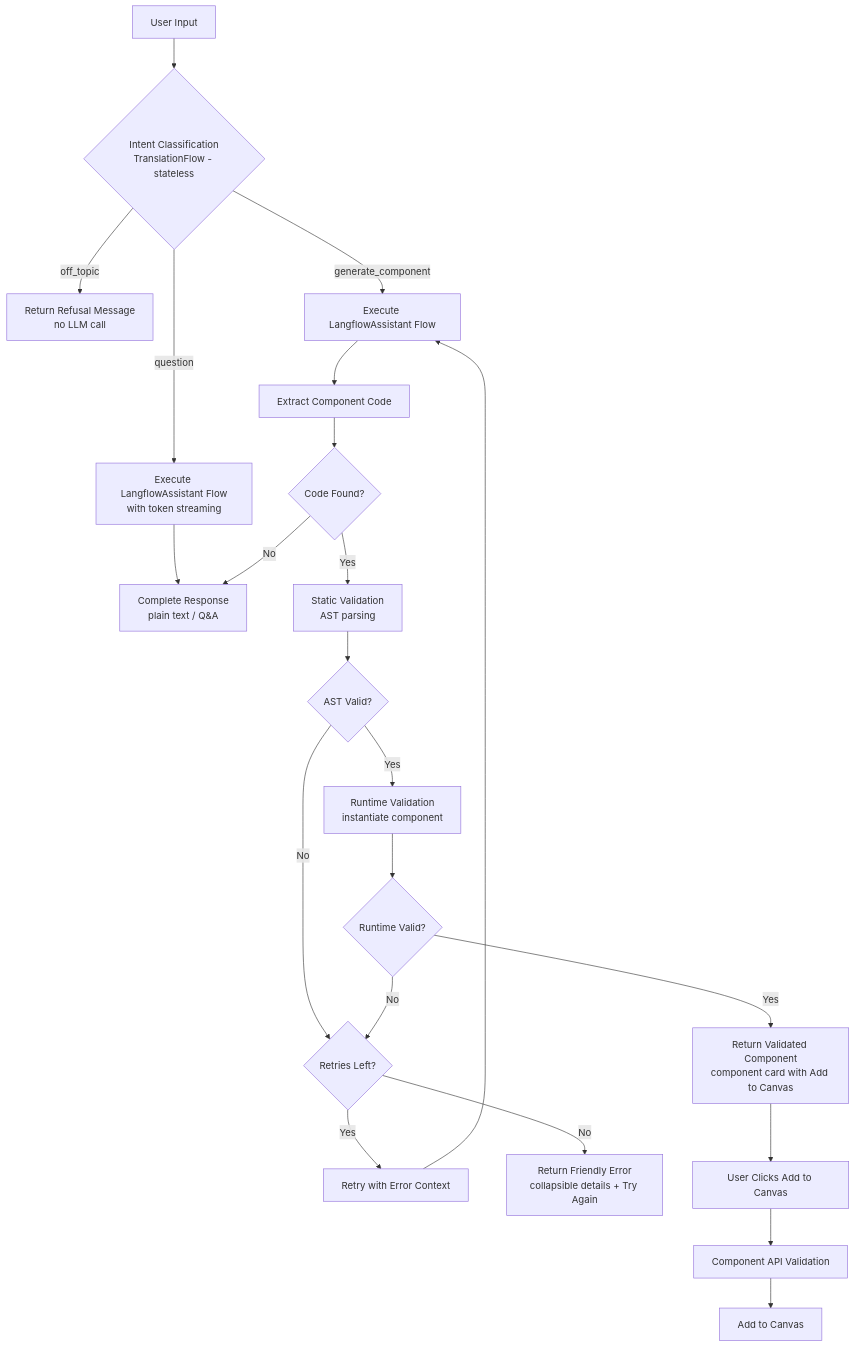
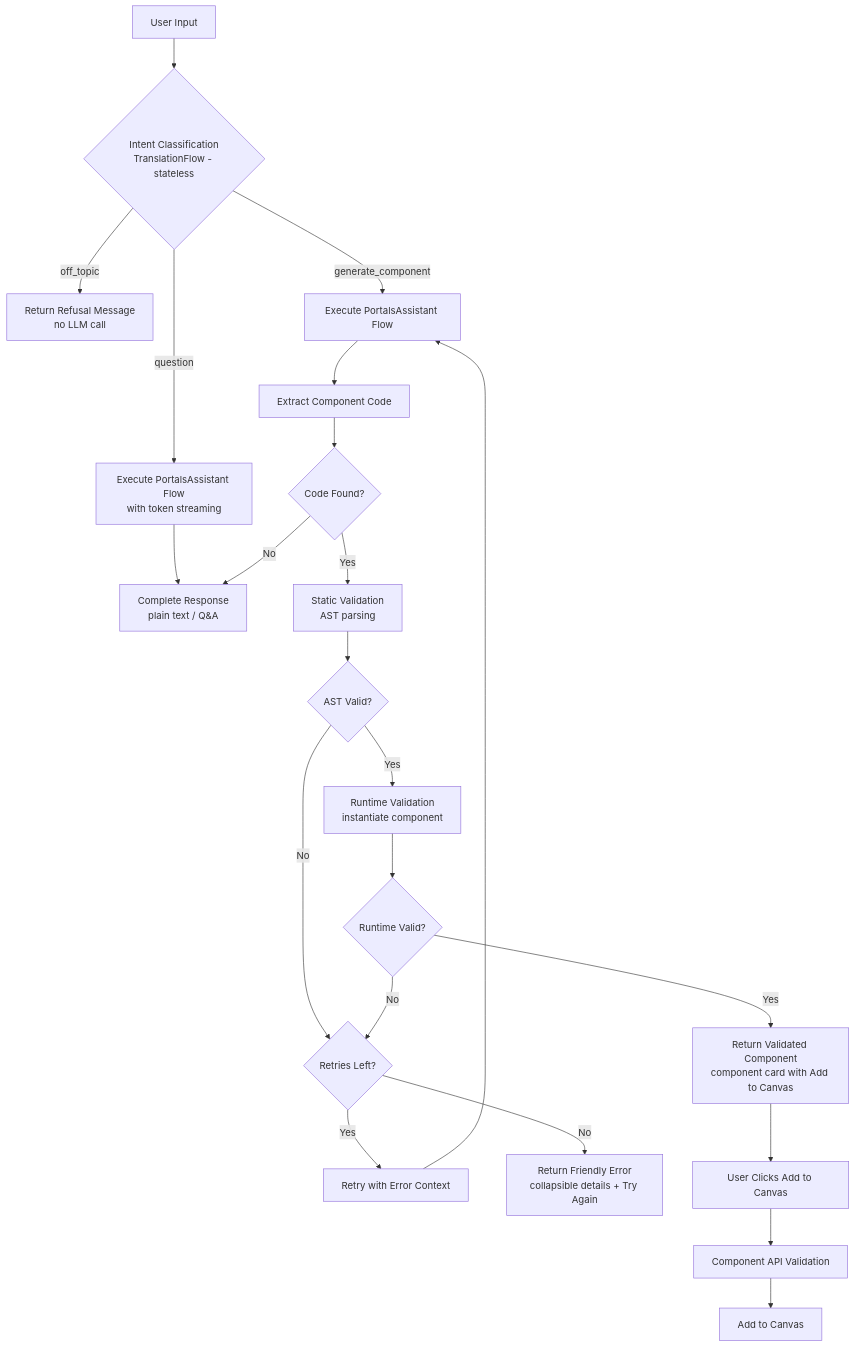
The third of 3 diagrams in docs/features/langflow-assistant.md (DigitalCreationsCo/cinematic-canvas), drawn with Mermaid before and after one commit. The commit also changed other lines of this file and 1261 other files, not shown here.

Commit message:
Feat(component): Rewrite tools/generate_characters.py as a proper LCToolComponent with LLM structured output, dual-write DB persistence, background image gen, and StructuredTool for agent injection.

````diff
--- a/docs/features/langflow-assistant.md
+++ b/docs/features/langflow-assistant.md
@@ -1031,31 +1031,31 @@
 ```mermaid
 flowchart TD
     A[User Input] --> B{Intent Classification<br/>TranslationFlow - stateless}
     B -->|off_topic| Z[Return Refusal Message<br/>no LLM call]
-    B -->|generate_component| C[Execute LangflowAssistant Flow]
-    B -->|question| D[Execute LangflowAssistant Flow<br/>with token streaming]
+    B -->|generate_component| C[Execute PortalsAssistant Flow]
+    B -->|question| D[Execute PortalsAssistant Flow<br/>with token streaming]
 
     D --> F[Complete Response<br/>plain text / Q&A]
 
     C --> G[Extract Component Code]
 
     G --> H{Code Found?}
     H -->|No| F
     H -->|Yes| I[Static Validation<br/>AST parsing]
 
     I --> I2{AST Valid?}
     I2 -->|No| L
     I2 -->|Yes| I3[Runtime Validation<br/>instantiate component]
 
     I3 --> J{Runtime Valid?}
     J -->|Yes| K[Return Validated Component<br/>component card with Add to Canvas]
     J -->|No| L{Retries Left?}
 
     L -->|Yes| M[Retry with Error Context]
     M --> C
     L -->|No| N[Return Friendly Error<br/>collapsible details + Try Again]
 
     K --> O[User Clicks Add to Canvas]
     O --> P[Component API Validation]
     P --> Q[Add to Canvas]
 ```
````
